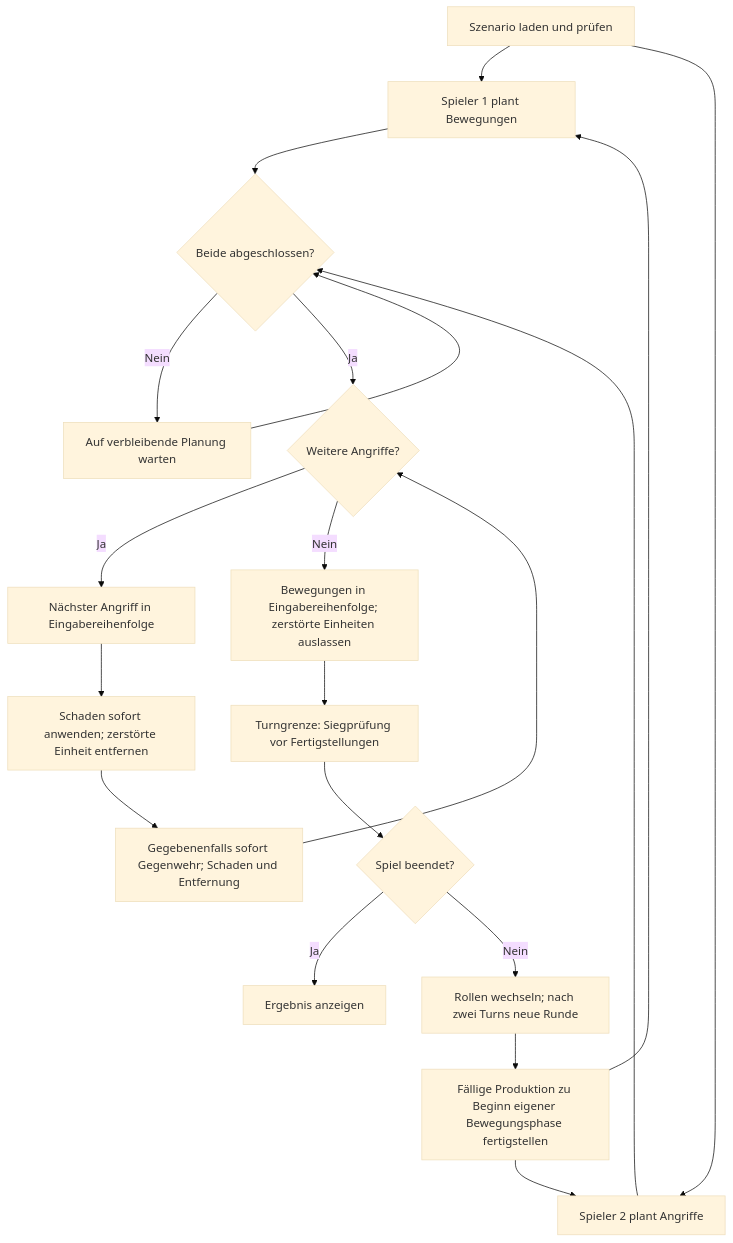
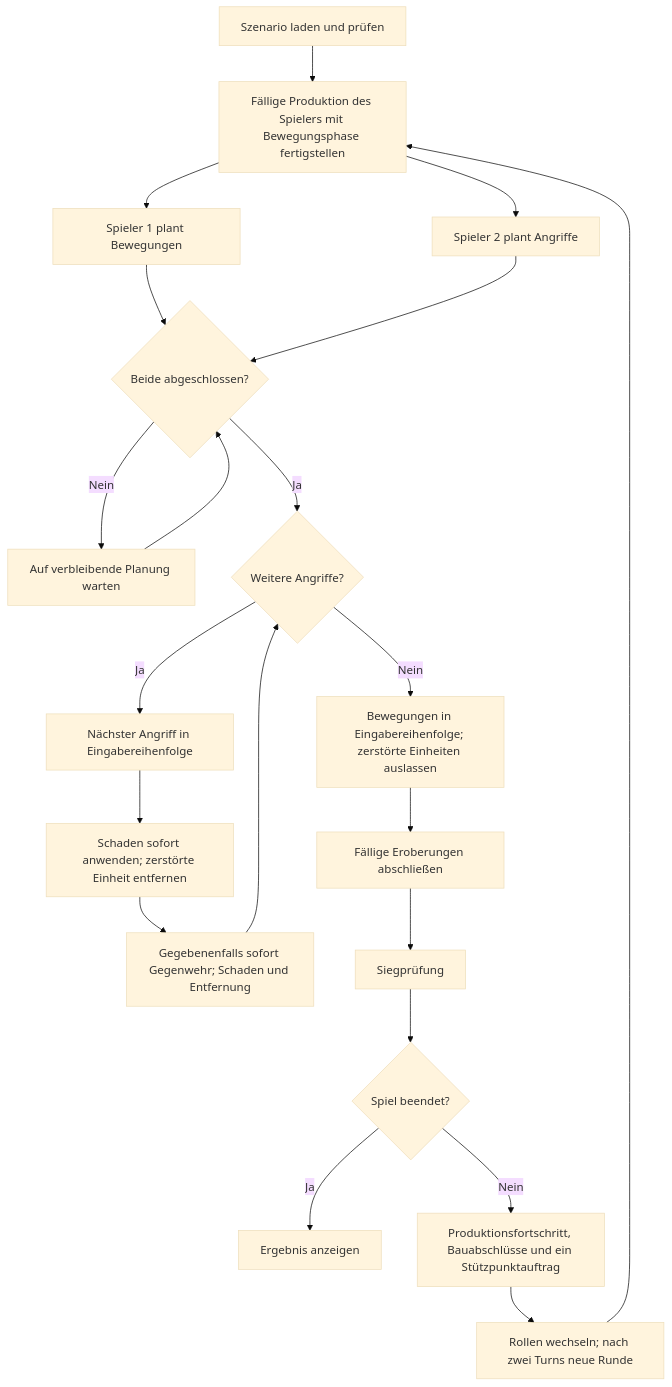
The third of 4 diagrams in docs/Design.md (CymricNPG/SplitBattle), drawn with Mermaid (base theme) before and after one commit. The commit also changed other lines of this file and 14 other files, not shown here.

````diff
--- a/docs/Design.md
+++ b/docs/Design.md
@@ -70,22 +70,23 @@
 ```mermaid
 flowchart TD
-    Init[Szenario laden und prüfen] --> P1[Spieler 1 plant Bewegungen]
-    Init --> P2[Spieler 2 plant Angriffe]
+    Init[Szenario laden und prüfen] --> Finish[Fällige Produktion des Spielers mit Bewegungsphase fertigstellen]
+    Finish --> P1[Spieler 1 plant Bewegungen]
+    Finish --> P2[Spieler 2 plant Angriffe]
     P1 --> Ready{Beide abgeschlossen?}
     P2 --> Ready
     Ready -- Nein --> Wait[Auf verbleibende Planung warten]
     Wait --> Ready
     Ready -- Ja --> Attacks{Weitere Angriffe?}
     Attacks -- Ja --> Attack[Nächster Angriff in Eingabereihenfolge]
     Attack --> Damage[Schaden sofort anwenden; zerstörte Einheit entfernen]
     Damage --> Counter[Gegebenenfalls sofort Gegenwehr; Schaden und Entfernung]
     Counter --> Attacks
     Attacks -- Nein --> Move[Bewegungen in Eingabereihenfolge; zerstörte Einheiten auslassen]
-    Move --> Boundary[Turngrenze: Siegprüfung vor Fertigstellungen]
+    Move --> Capture[Fällige Eroberungen abschließen]
+    Capture --> Boundary[Siegprüfung]
     Boundary --> EndCheck{Spiel beendet?}
     EndCheck -- Ja --> End[Ergebnis anzeigen]
-    EndCheck -- Nein --> Swap[Rollen wechseln; nach zwei Turns neue Runde]
-    Swap --> Finish[Fällige Produktion zu Beginn eigener Bewegungsphase fertigstellen]
-    Finish --> P1
-    Finish --> P2
+    EndCheck -- Nein --> BoundarySteps[Produktionsfortschritt, Bauabschlüsse und ein Stützpunktauftrag]
+    BoundarySteps --> Swap[Rollen wechseln; nach zwei Turns neue Runde]
+    Swap --> Finish
 ```
````
